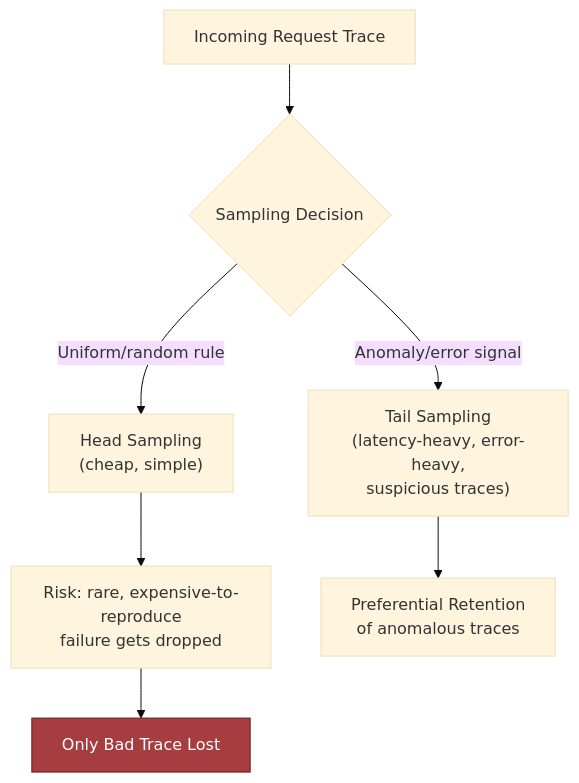
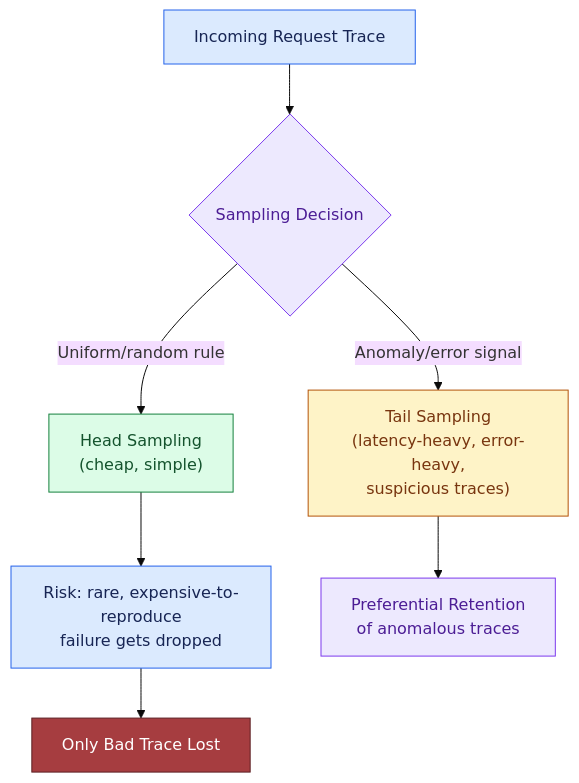
Before and after one commit to Sourav692/Forward-Deployed-Engineer-Interview-Prep: the first of 4 diagrams in 02_System_Design_Case_Studies/Scenario_Packs_G01_G20/G14_Observability_And_Production_Diagnosis/4_Full_Design/G14_Full_Design.md, drawn with Mermaid (base theme). The commit also changed other lines of this file and 1268 other files, not shown here.

First line of the commit message:
content: polish Casebook writing and Mermaid diagrams (#251)

````diff
--- a/02_System_Design_Case_Studies/Scenario_Packs_G01_G20/G14_Observability_And_Production_Diagnosis/4_Full_Design/G14_Full_Design.md
+++ b/02_System_Design_Case_Studies/Scenario_Packs_G01_G20/G14_Observability_And_Production_Diagnosis/4_Full_Design/G14_Full_Design.md
@@ -111,10 +121,20 @@
 ```mermaid
 flowchart TD
   REQ["Incoming Request Trace"] --> DECIDE{"Sampling Decision"}
   DECIDE -->|"Uniform/random rule"| HEAD["Head Sampling<br/>(cheap, simple)"]
   DECIDE -->|"Anomaly/error signal"| TAIL["Tail Sampling<br/>(latency-heavy, error-heavy,<br/>suspicious traces)"]
   HEAD --> RISK["Risk: rare, expensive-to-reproduce<br/>failure gets dropped"]
   TAIL --> RETAIN["Preferential Retention<br/>of anomalous traces"]
   RISK --> LOST["Only Bad Trace Lost"]
   style LOST fill:#a63d40,stroke:#5c1f22,color:#fff
+
+    %% Casebook colours: entry, reasoning, results, controls, and stopped paths.
+    classDef cbInput fill:#dbeafe,stroke:#2563eb,color:#172554
+    class REQ,RISK cbInput
+    classDef cbReason fill:#ede9fe,stroke:#7c3aed,color:#4c1d95
+    class DECIDE,RETAIN cbReason
+    classDef cbAction fill:#dcfce7,stroke:#15803d,color:#14532d
+    class HEAD,LOST cbAction
+    classDef cbPolicy fill:#fef3c7,stroke:#b45309,color:#78350f
+    class TAIL cbPolicy
 ```
````
